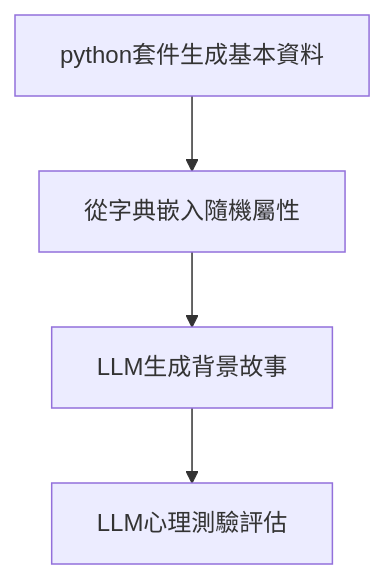
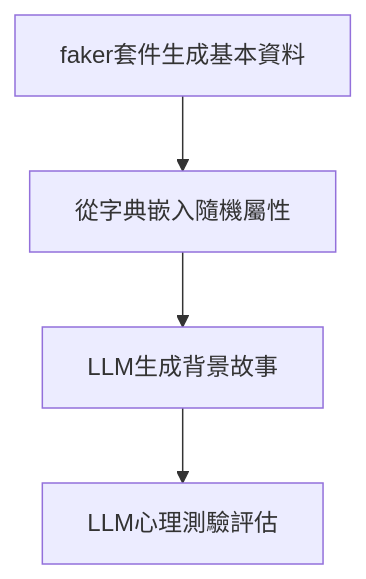
Before and after one commit to llm-psychology/PersonaDough: the diagram in humanoid_spec.md, drawn with Mermaid. The commit also changed other lines of this file and 4 other files, not shown here.

````diff
--- a/humanoid_spec.md
+++ b/humanoid_spec.md
@@ -8,6 +8,6 @@
 ```mermaid
 graph TD
-    A[python套件生成基本資料] --> B[從字典嵌入隨機屬性]
+    A[faker套件生成基本資料] --> B[從字典嵌入隨機屬性]
     B --> C[LLM生成背景故事]
     C --> D[LLM心理測驗評估]
 ```
````
